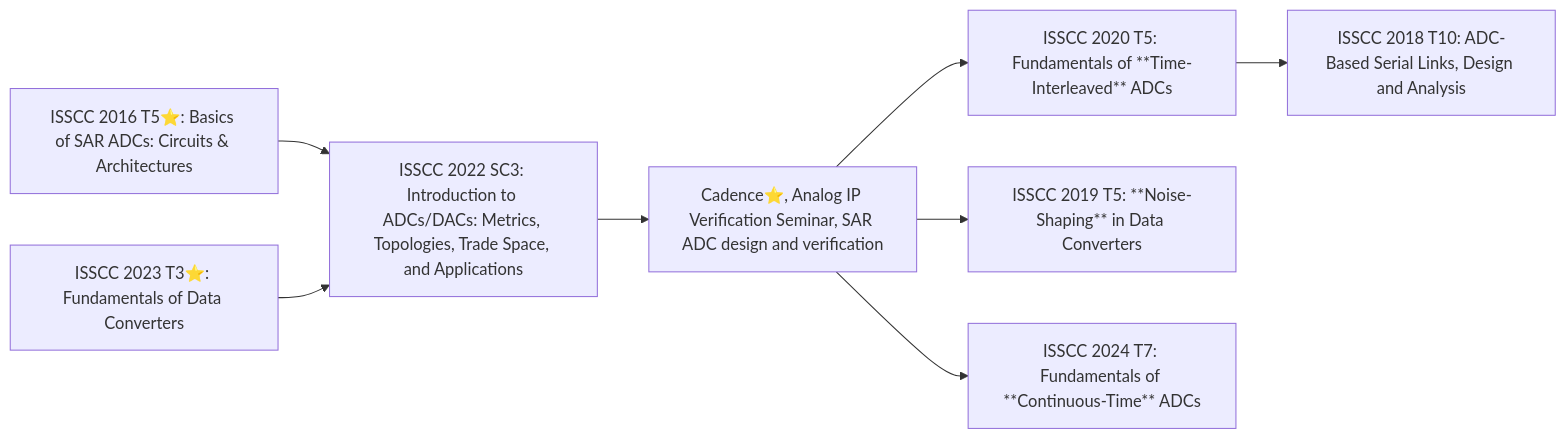
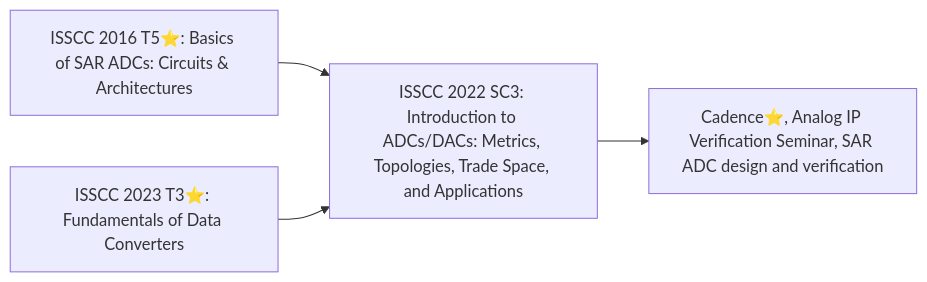
One commit to RarityBrown/ic-self-learning changed the diagram in docs/analog/ADDA.md. Above: the diagram before and after it, drawn with Mermaid. The commit also changed other lines of this file, not shown here.

````diff
--- a/docs/analog/ADDA.md
+++ b/docs/analog/ADDA.md
@@ -21,9 +21,6 @@
 ```mermaid
 graph LR
   SAR["ISSCC 2016 T5⭐: Basics of SAR ADCs: Circuits & Architectures"] --> FoM
   Fundamentals["ISSCC 2023 T3⭐: Fundamentals of Data Converters"] --> FoM
   FoM["ISSCC 2022 SC3: Introduction to ADCs/DACs: Metrics, Topologies, Trade Space, and Applications"] --> Cdns["Cadence⭐, Analog IP Verification Seminar, SAR ADC design and verification"]
-  Cdns --> TI["ISSCC 2020 T5: Fundamentals of **Time-Interleaved** ADCs"] --> SerDes["ISSCC 2018 T10: ADC-Based Serial Links, Design and Analysis"]
-  Cdns --> NS["ISSCC 2019 T5: **Noise-Shaping** in Data Converters"]
-  Cdns --> CT["ISSCC 2024 T7: Fundamentals of **Continuous-Time** ADCs"]
 ```
````
